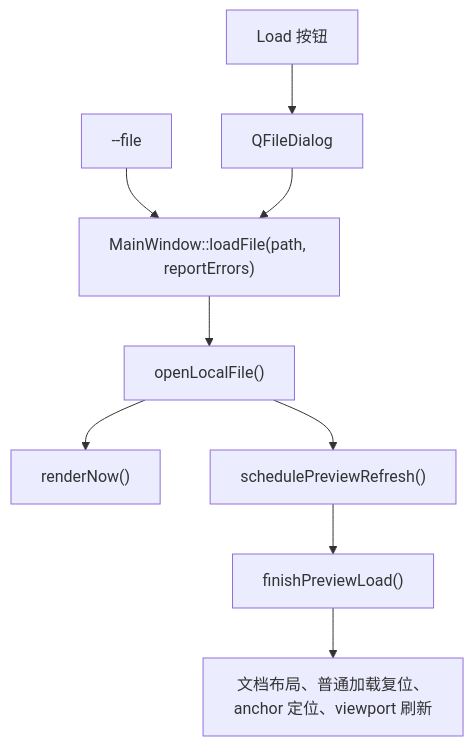
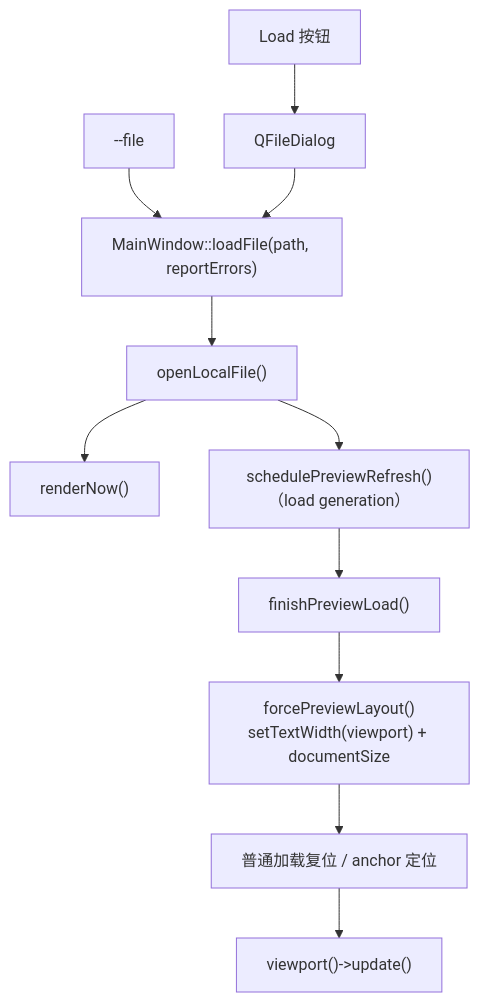
The second of 12 diagrams in docs/FLOW.md (iLogIng/qt-rich-text-renderer), drawn with Mermaid before and after one commit. The commit also changed other lines of this file and 4 other files, not shown here.

First line of the commit message:
docs: describe the unified load and layout-finalization flow

````diff
--- a/docs/FLOW.md
+++ b/docs/FLOW.md
@@ -51,10 +52,12 @@
 ```mermaid
 flowchart TD
     A["--file"] --> C["MainWindow::loadFile(path, reportErrors)"]
     B["Load 按钮"] --> D["QFileDialog"] --> C
     C --> E["openLocalFile()"]
     E --> F["renderNow()"]
-    E --> G["schedulePreviewRefresh()"]
+    E --> G["schedulePreviewRefresh()（load generation）"]
     G --> H["finishPreviewLoad()"]
-    H --> I["文档布局、普通加载复位、anchor 定位、viewport 刷新"]
+    H --> J["forcePreviewLayout()<br/>setTextWidth(viewport) + documentSize"]
+    J --> I["普通加载复位 / anchor 定位"]
+    I --> K["viewport()->update()"]
 ```
````
